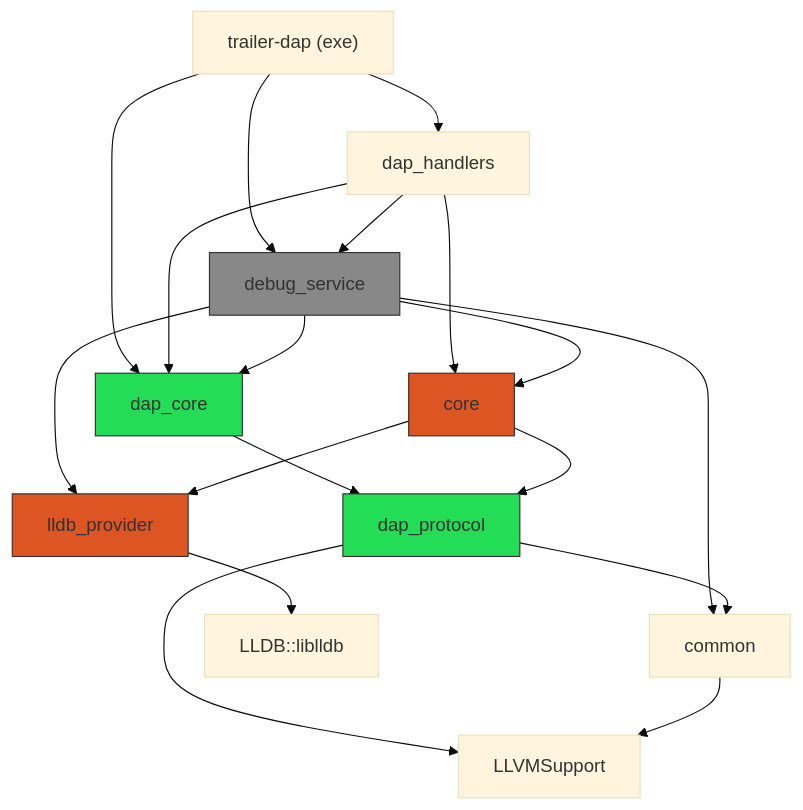
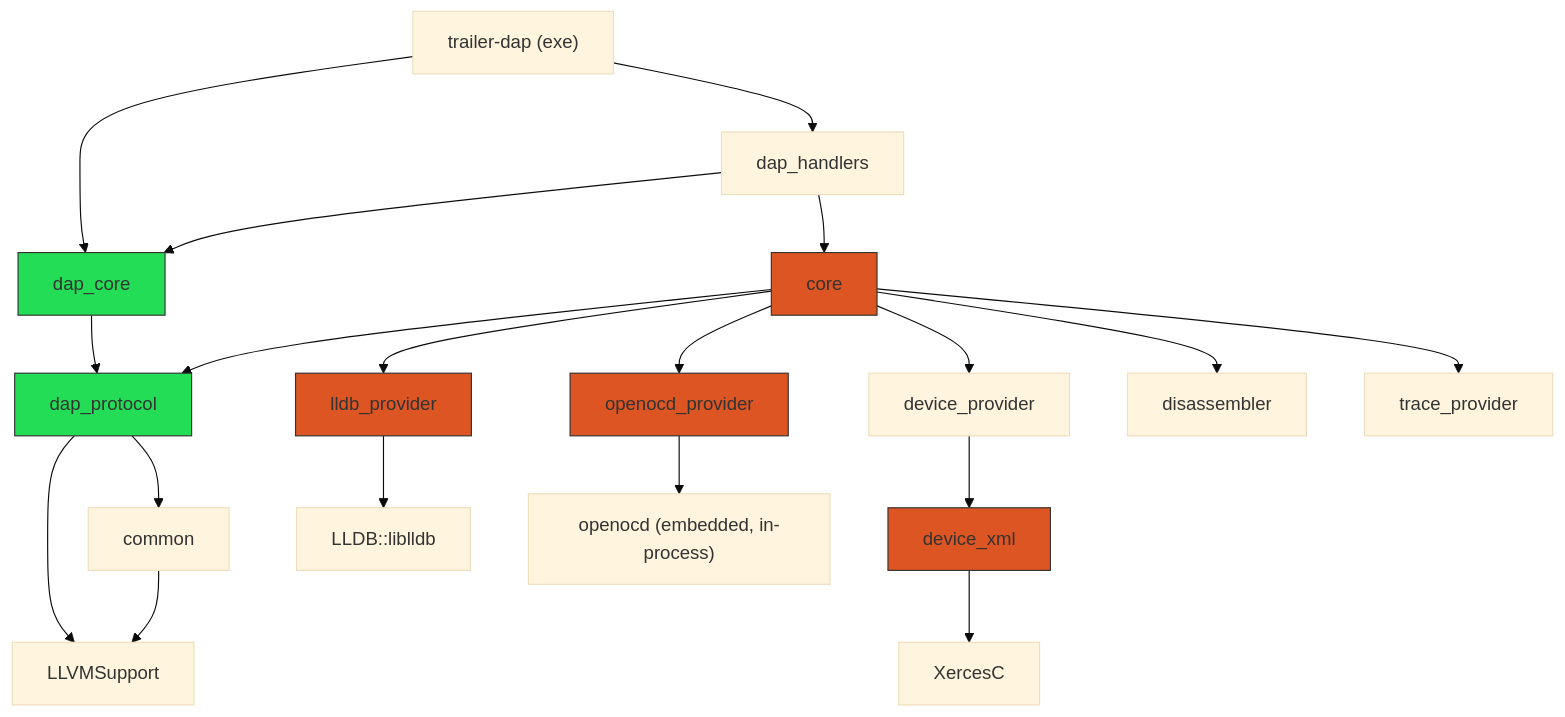
Before and after one commit to Hasnaoui-Youssef/trailer_vibes: the diagram in docs/architecture/01-modules-and-layers.md, drawn with Mermaid (base theme). The commit also changed other lines of this file and 132 other files, not shown here.

````diff
--- a/docs/architecture/01-modules-and-layers.md
+++ b/docs/architecture/01-modules-and-layers.md
@@ -6,33 +6,35 @@
 ```mermaid
 graph TD
     trailer_dap["trailer-dap (exe)"] --> dap_core
-    trailer_dap --> debug_service
     trailer_dap --> dap_handlers
 
     dap_handlers --> dap_core
-    dap_handlers --> debug_service
     dap_handlers --> core
-
-    debug_service --> dap_core
-    debug_service --> common
-    debug_service --> lldb_provider
-    debug_service --> core
 
     dap_core --> dap_protocol
 
     core --> lldb_provider
+    core --> openocd_provider
+    core --> device_provider
+    core --> disassembler
+    core --> trace_provider
     core --> dap_protocol
 
     dap_protocol --> LLVMSupport
     dap_protocol --> common
 
-    common --> LLVMSupport
+    device_provider --> device_xml
+    device_xml --> XercesC
 
     lldb_provider --> LLDB_liblldb["LLDB::liblldb"]
+    openocd_provider --> openocd["openocd (embedded, in-process)"]
+
+    common --> LLVMSupport
 
     style dap_protocol fill:#2d5,stroke:#333
     style dap_core fill:#2d5,stroke:#333
     style core fill:#d52,stroke:#333
     style lldb_provider fill:#d52,stroke:#333
-    style debug_service fill:#888,stroke:#333
+    style openocd_provider fill:#d52,stroke:#333
+    style device_xml fill:#d52,stroke:#333
 ```
````
